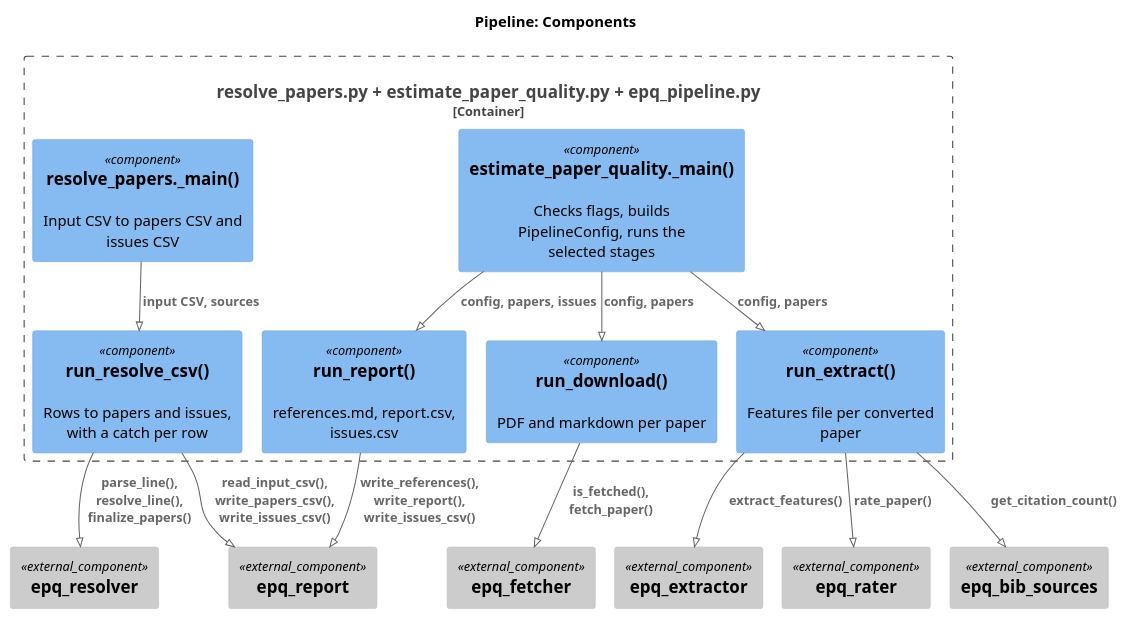
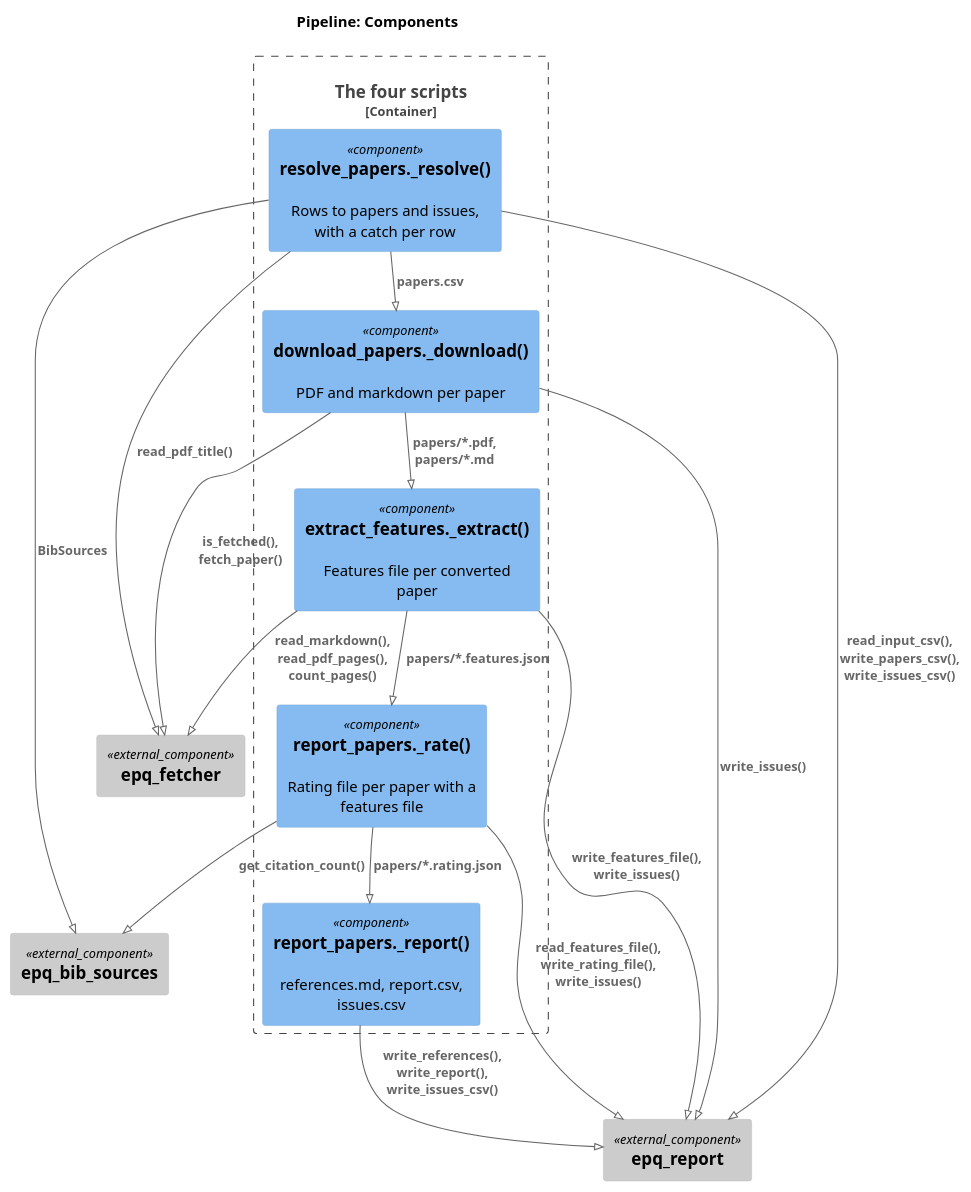
Before and after one commit to gpsaggese/gpsaggese.github.io: the diagram in research/Estimate_academic_paper_quality/docs/02.1-design.pipeline.md, drawn with PlantUML. The commit also changed other lines of this file and 44 other files, not shown here.

````diff
--- a/research/Estimate_academic_paper_quality/docs/02.1-design.pipeline.md
+++ b/research/Estimate_academic_paper_quality/docs/02.1-design.pipeline.md
@@ -25,31 +38,30 @@
 ```plantuml
 !pragma layout smetana
 !include <C4/C4_Component>
 LAYOUT_TOP_DOWN()
 title Pipeline: Components
-Container_Boundary(p, "resolve_papers.py + estimate_paper_quality.py + epq_pipeline.py") {
-  Component(rcli, "resolve_papers._main()", "", "Input CSV to papers CSV and issues CSV")
-  Component(cli, "estimate_paper_quality._main()", "", "Checks flags, builds PipelineConfig, runs the selected stages")
-  Component(res, "run_resolve_csv()", "", "Rows to papers and issues, with a catch per row")
-  Component(dl, "run_download()", "", "PDF and markdown per paper")
-  Component(ex, "run_extract()", "", "Features file per converted paper")
-  Component(rep, "run_report()", "", "references.md, report.csv, issues.csv")
+Container_Boundary(p, "The four scripts") {
+  Component(res, "resolve_papers._resolve()", "", "Rows to papers and issues, with a catch per row")
+  Component(dl, "download_papers._download()", "", "PDF and markdown per paper")
+  Component(ex, "extract_features._extract()", "", "Features file per converted paper")
+  Component(rate, "report_papers._rate()", "", "Rating file per paper with a features file")
+  Component(rep, "report_papers._report()", "", "references.md, report.csv, issues.csv")
 }
-Component_Ext(resolver, "epq_resolver", "", "")
 Component_Ext(fetcher, "epq_fetcher", "", "")
-Component_Ext(extractor, "epq_extractor", "", "")
-Component_Ext(rater, "epq_rater", "", "")
 Component_Ext(report, "epq_report", "", "")
 Component_Ext(bib, "epq_bib_sources", "", "")
-Rel(rcli, res, "input CSV, sources")
-Rel(cli, dl, "config, papers")
-Rel(cli, ex, "config, papers")
-Rel(cli, rep, "config, papers, issues")
-Rel(res, resolver, "parse_line(), resolve_line(), finalize_papers()")
+Rel(res, dl, "papers.csv")
+Rel(dl, ex, "papers/*.pdf, papers/*.md")
+Rel(ex, rate, "papers/*.features.json")
+Rel(rate, rep, "papers/*.rating.json")
+Rel(res, fetcher, "read_pdf_title()")
+Rel(res, bib, "BibSources")
 Rel(dl, fetcher, "is_fetched(), fetch_paper()")
-Rel(ex, extractor, "extract_features()")
-Rel(ex, rater, "rate_paper()")
-Rel(ex, bib, "get_citation_count()")
+Rel(ex, fetcher, "read_markdown(), read_pdf_pages(), count_pages()")
+Rel(rate, bib, "get_citation_count()")
 Rel(res, report, "read_input_csv(), write_papers_csv(), write_issues_csv()")
+Rel(dl, report, "write_issues()")
+Rel(ex, report, "write_features_file(), write_issues()")
+Rel(rate, report, "read_features_file(), write_rating_file(), write_issues()")
 Rel(rep, report, "write_references(), write_report(), write_issues_csv()")
 ```
````
